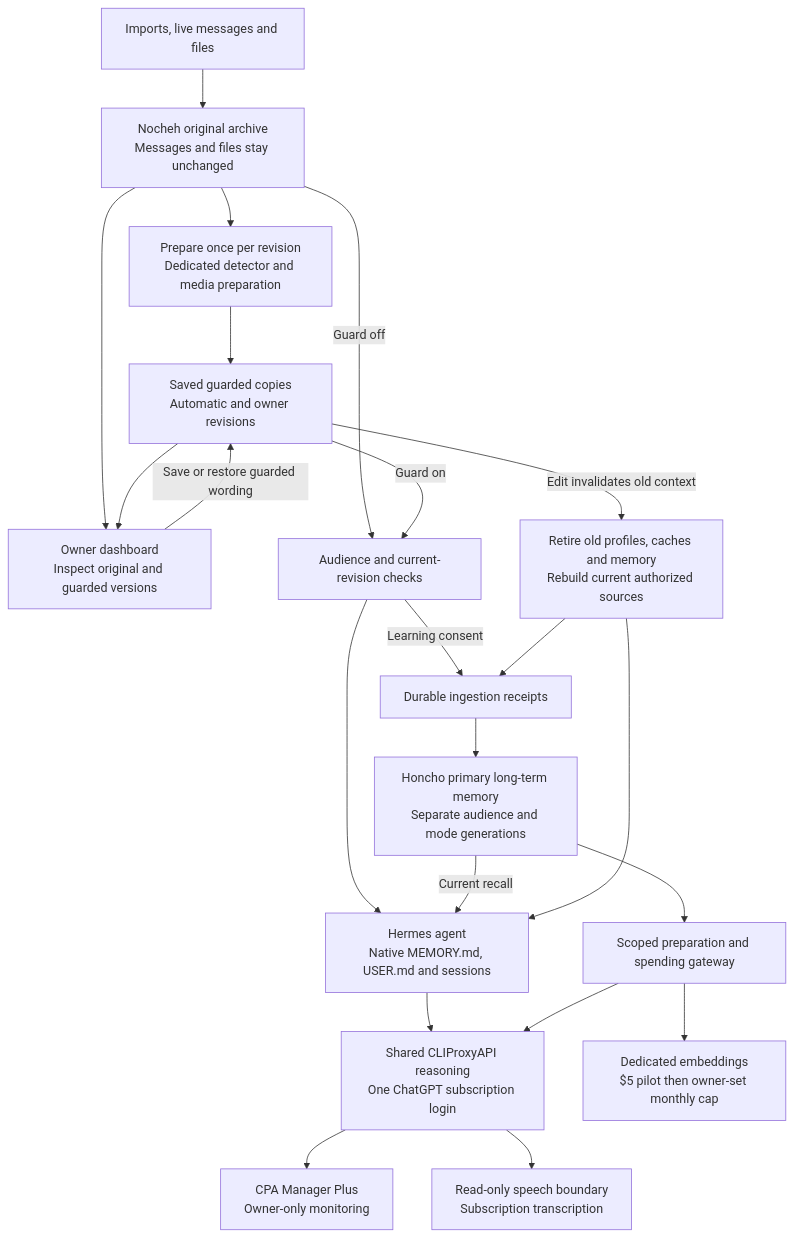
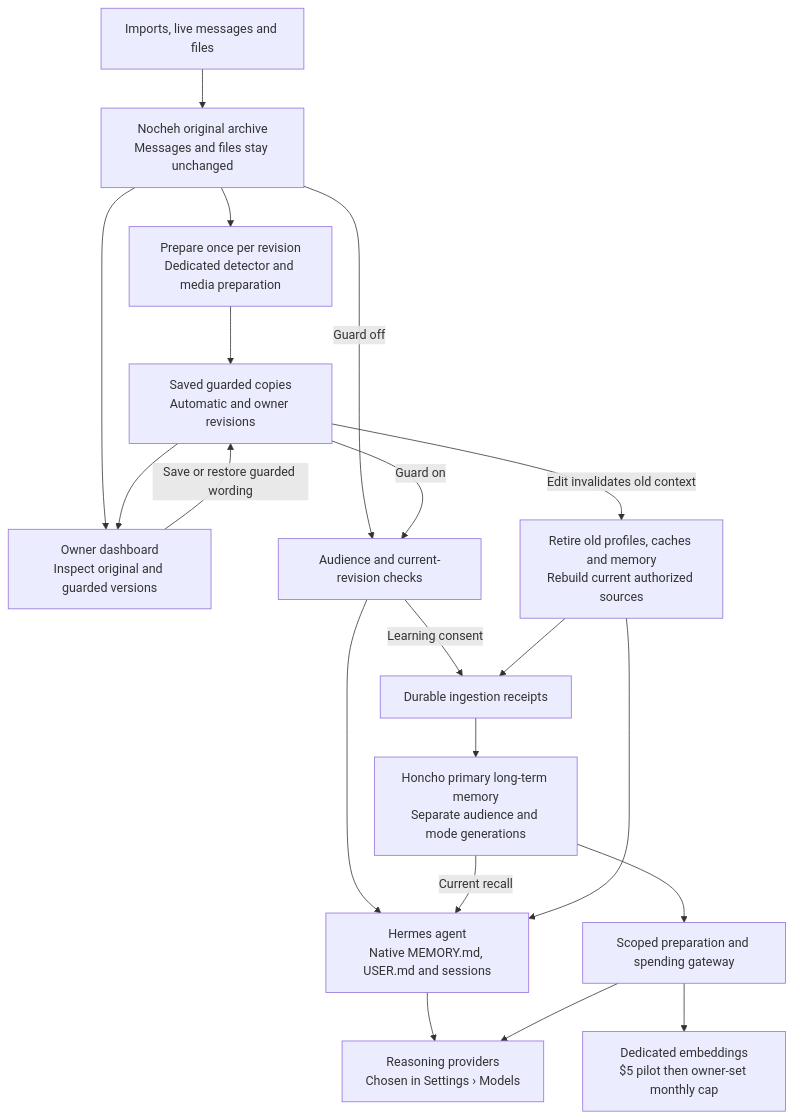
Before and after one commit to PlaygrndLabs/nocheh: the diagram in docs/guarded-memory-system.md, drawn with Mermaid. The commit also changed other lines of this file and 180 other files, not shown here.

First line of the commit message:
Remove CLIProxyAPI, its admin panel and voice transcription

````diff
--- a/docs/guarded-memory-system.md
+++ b/docs/guarded-memory-system.md
@@ -8,24 +8,22 @@
 ```mermaid
 flowchart TD
     S[Imports, live messages and files] --> A["Nocheh original archive<br/>Messages and files stay unchanged"]
     A --> P["Prepare once per revision<br/>Dedicated detector and media preparation"]
     P --> G["Saved guarded copies<br/>Automatic and owner revisions"]
     A --> D["Owner dashboard<br/>Inspect original and guarded versions"]
     G --> D
     D -->|Save or restore guarded wording| G
     A -->|Guard off| V[Audience and current-revision checks]
     G -->|Guard on| V
     V --> H["Hermes agent<br/>Native MEMORY.md, USER.md and sessions"]
     V -->|Learning consent| J[Durable ingestion receipts]
     J --> N["Honcho primary long-term memory<br/>Separate audience and mode generations"]
     N -->|Current recall| H
-    H --> C["Shared CLIProxyAPI reasoning<br/>One ChatGPT subscription login"]
+    H --> C["Reasoning providers<br/>Chosen in Settings › Models"]
     N --> B[Scoped preparation and spending gateway]
     B --> C
-    C --> M["CPA Manager Plus<br/>Owner-only monitoring"]
-    C --> T["Read-only speech boundary<br/>Subscription transcription"]
     B --> E["Dedicated embeddings<br/>$5 pilot then owner-set monthly cap"]
     G -->|Edit invalidates old context| I["Retire old profiles, caches and memory<br/>Rebuild current authorized sources"]
     I --> H
     I --> J
 ```
````
